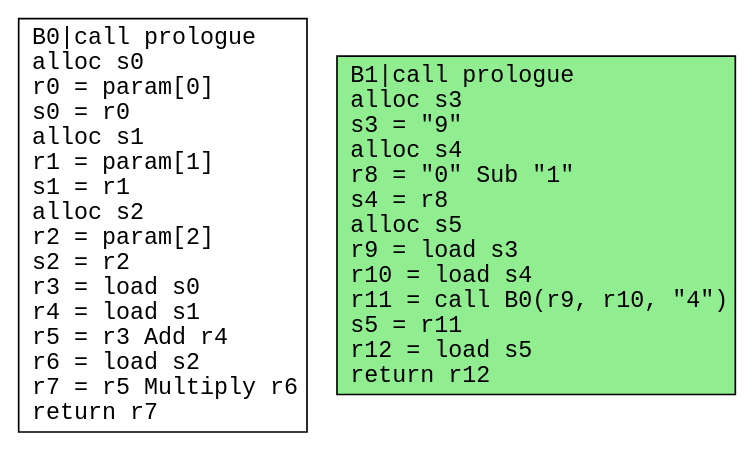
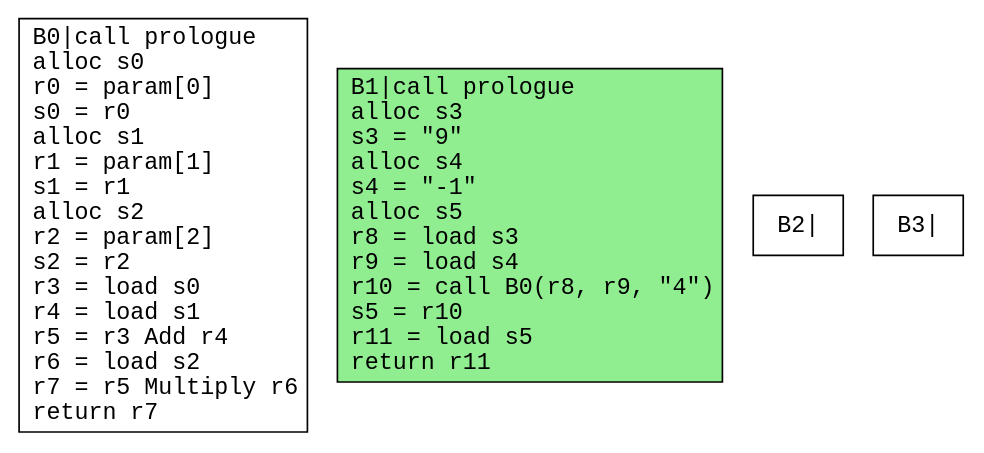
The diagram in output/params.dot (safarislava/ProcTranslator), drawn with Graphviz before and after one commit. The commit also changed 13 other files, not shown here.

```diff
--- a/output/params.dot
+++ b/output/params.dot
@@ -1,9 +1,11 @@
 digraph CFG {
   rankdir=TB;
   node [shape=box, fontname="Courier"];
   edge [fontname="Courier"];
 
   B0 [label="B0|call prologue\lalloc s0\lr0 = param[0]\ls0 = r0\lalloc s1\lr1 = param[1]\ls1 = r1\lalloc s2\lr2 = param[2]\ls2 = r2\lr3 = load s0\lr4 = load s1\lr5 = r3 Add r4\lr6 = load s2\lr7 = r5 Multiply r6\lreturn r7\l"];
-  B1 [label="B1|call prologue\lalloc s3\ls3 = \"9\"\lalloc s4\lr8 = \"0\" Sub \"1\"\ls4 = r8\lalloc s5\lr9 = load s3\lr10 = load s4\lr11 = call B0(r9, r10, \"4\")\ls5 = r11\lr12 = load s5\lreturn r12\l"];
+  B1 [label="B1|call prologue\lalloc s3\ls3 = \"9\"\lalloc s4\ls4 = \"-1\"\lalloc s5\lr8 = load s3\lr9 = load s4\lr10 = call B0(r8, r9, \"4\")\ls5 = r10\lr11 = load s5\lreturn r11\l"];
+  B2 [label="B2|"];
+  B3 [label="B3|"];
   B1 [style=filled, fillcolor=lightgreen];
 }
```
